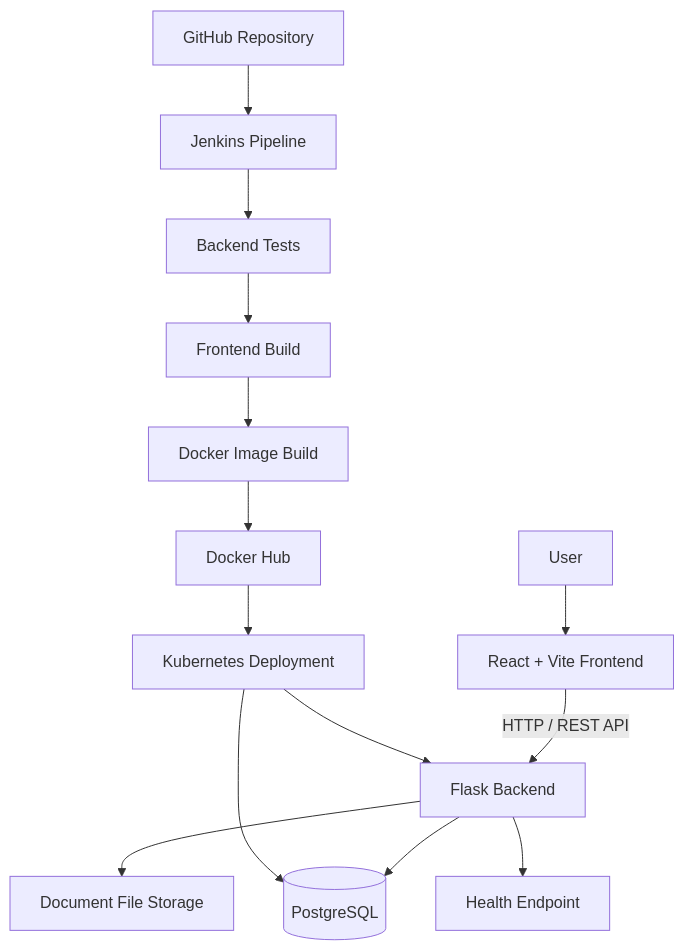
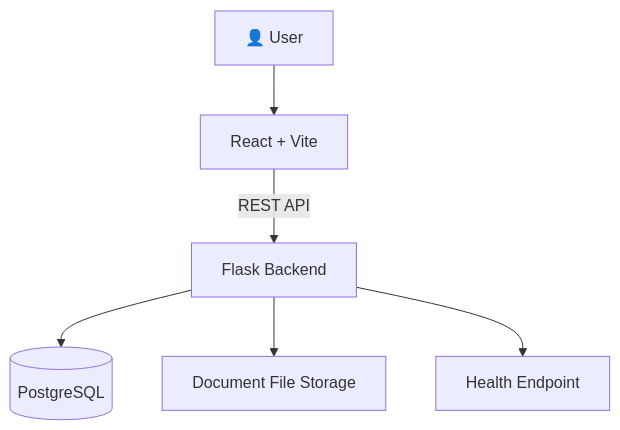
Before and after one commit to chowgulesonakshi-lab/CloudVault2: the first of 2 diagrams in README.md, drawn with Mermaid. The commit also changed other lines of this file, not shown here.

````diff
--- a/README.md
+++ b/README.md
@@ -26,18 +47,8 @@
 ```mermaid
 flowchart TD
-    A[User] --> B[React + Vite Frontend]
-    B -->|HTTP / REST API| C[Flask Backend]
-    C --> D[(PostgreSQL)]
-    C --> E[Document File Storage]
-
-    C --> F[Health Endpoint]
-
-    G[GitHub Repository] --> H[Jenkins Pipeline]
-    H --> I[Backend Tests]
-    I --> J[Frontend Build]
-    J --> K[Docker Image Build]
-    K --> L[Docker Hub]
-    L --> M[Kubernetes Deployment]
-    M --> C
-    M --> D
+    U[👤 User] --> FE[React + Vite]
+    FE -->|REST API| BE[Flask Backend]
+    BE --> DB[(PostgreSQL)]
+    BE --> FS[Document File Storage]
+    BE --> H[Health Endpoint]
 ```
````
